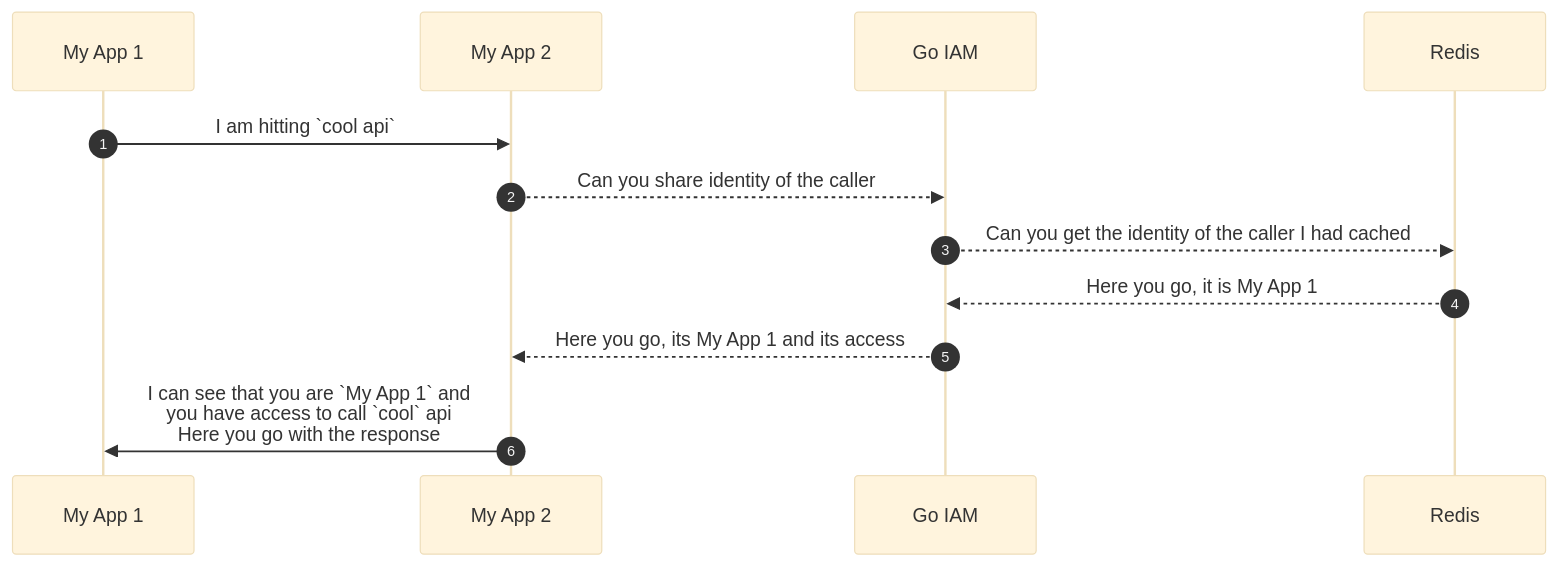
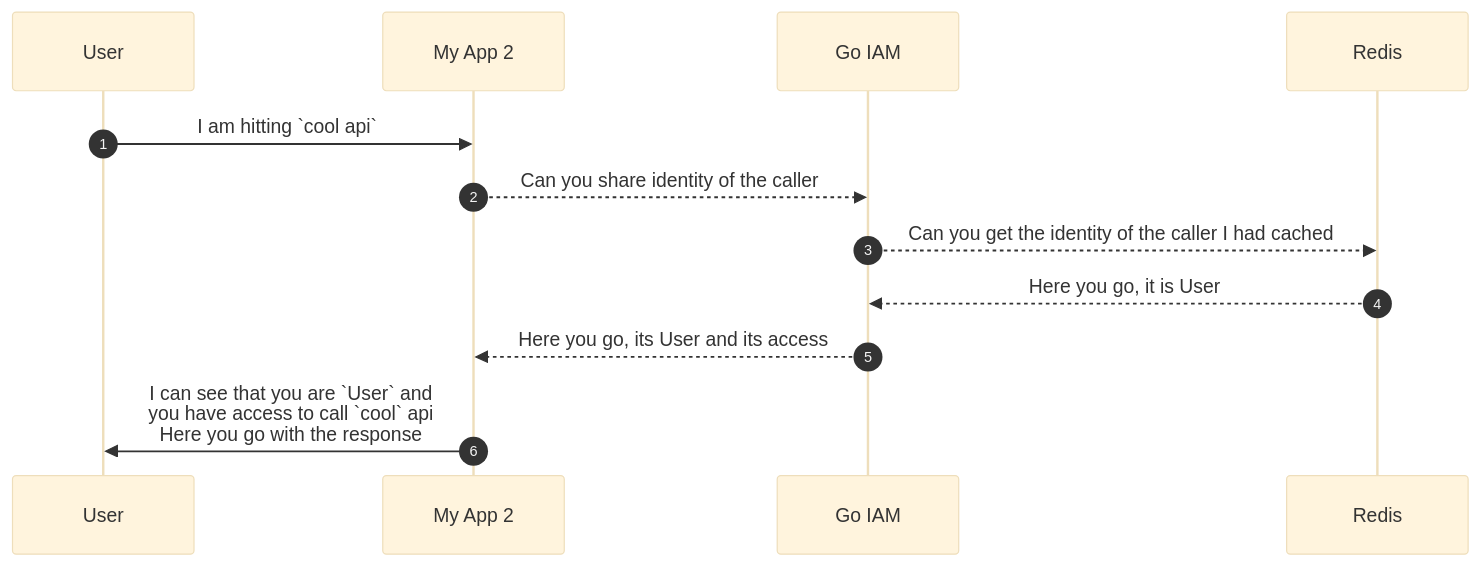
One commit to Salty-Bear/go-iam changed the first of 4 diagrams in README.md. Above: the diagram before and after it, drawn with Mermaid (base theme).

````diff
--- a/README.md
+++ b/README.md
@@ -71,15 +71,15 @@
 ```mermaid
 sequenceDiagram
     autonumber
-    participant App1 as My App 1
+    participant App1 as User
     participant App2 as My App 2
     participant IAM as Go IAM
     participant Redis as Redis
 
     App1->>App2: I am hitting `cool api`
     App2-->>IAM: Can you share identity of the caller
     IAM-->>Redis: Can you get the identity of the caller I had cached
-    Redis-->>IAM: Here you go, it is My App 1
-    IAM-->>App2: Here you go, its My App 1 and its access
-    App2->>App1: I can see that you are `My App 1` and <br/>you have access to call `cool` api<br/>Here you go with the response
+    Redis-->>IAM: Here you go, it is User
+    IAM-->>App2: Here you go, its User and its access
+    App2->>App1: I can see that you are `User` and <br/>you have access to call `cool` api<br/>Here you go with the response
 ```
````
